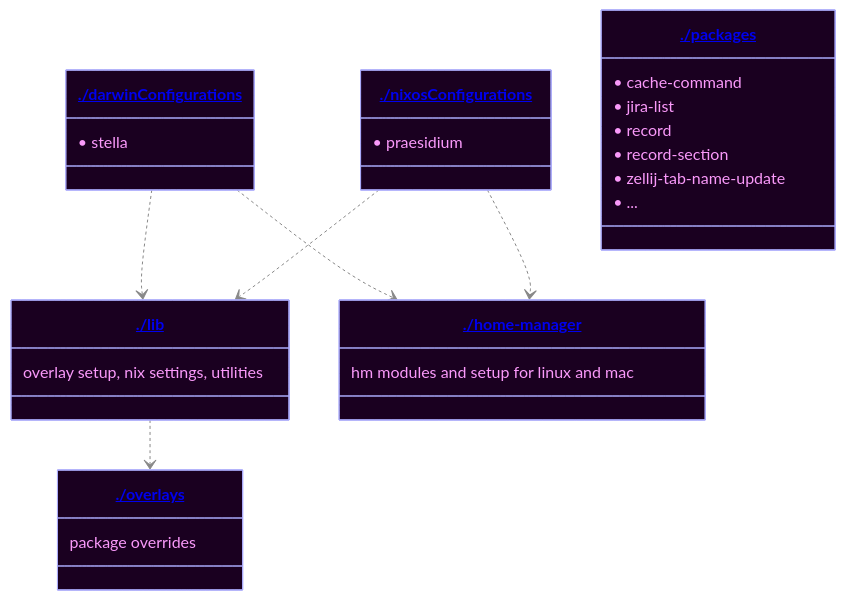
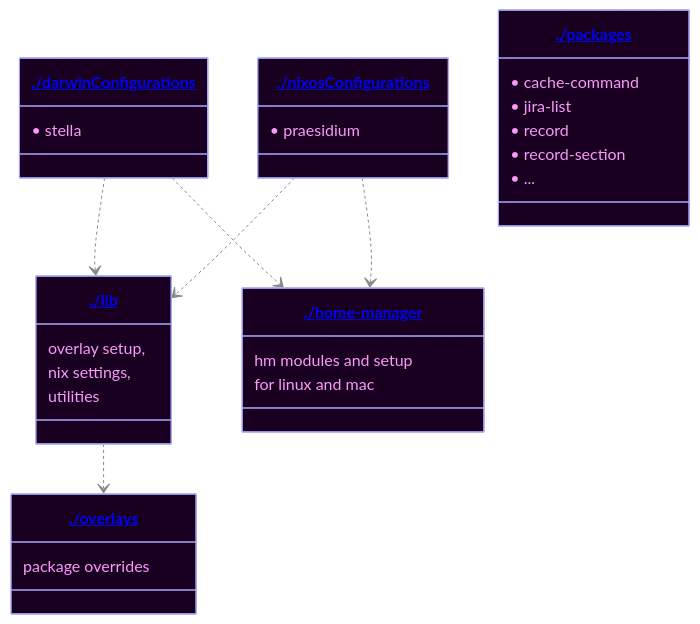
The diagram in README.md (xav-ie/dots), drawn with Mermaid before and after one commit.

Commit message:
docs(README): fix alignment
Github rendering bug causes long line to look bad

````diff
--- a/README.md
+++ b/README.md
@@ -10,38 +10,40 @@
 ```mermaid
 ---
 config:
   theme: base
   themeVariables:
     primaryColor: "#1a0020"
     primaryTextColor: "#fa99fa"
     primaryBorderColor: "#aaaafa"
     lineColor: "#888"
     fontFamily: "monospace"
 ---
 classDiagram
     %% Unfortunately, we cannot use relative links and must specify a branch :/
     class lib["<a href='https://github.com/xav-ie/dots/tree/main/lib'>./lib</a>"]
     class darwinConfigurations["<a href='https://github.com/xav-ie/dots/tree/main/darwinConfigurations'>./darwinConfigurations</a>"]
     class home-manager["<a href='https://github.com/xav-ie/dots/tree/main/home-manager'>./home-manager</a>"]
     class nixosConfigurations["<a href='https://github.com/xav-ie/dots/tree/main/nixosConfigurations'>./nixosConfigurations</a>"]
     class overlays["<a href='https://github.com/xav-ie/dots/tree/main/overlays'>./overlays</a>"]
     class packages["<a href='https://github.com/xav-ie/dots/tree/main/packages'>./packages</a>"]
 
-    lib: overlay setup, nix settings, utilities
+    lib: overlay setup,
+    lib:  nix settings,
+    lib:  utilities
     darwinConfigurations: • stella
-    home-manager: hm modules and setup for linux and mac
+    home-manager: hm modules and setup
+    home-manager: for linux and mac
     nixosConfigurations: • praesidium
     overlays: package overrides
     packages: • cache-command
     packages: • jira-list
     packages: • record
     packages: • record-section
-    packages: • zellij-tab-name-update
     packages: • ...
 
     lib ..> overlays
     darwinConfigurations ..> lib
     darwinConfigurations ..> home-manager
     nixosConfigurations ..> lib
     nixosConfigurations ..> home-manager
 ```
````
